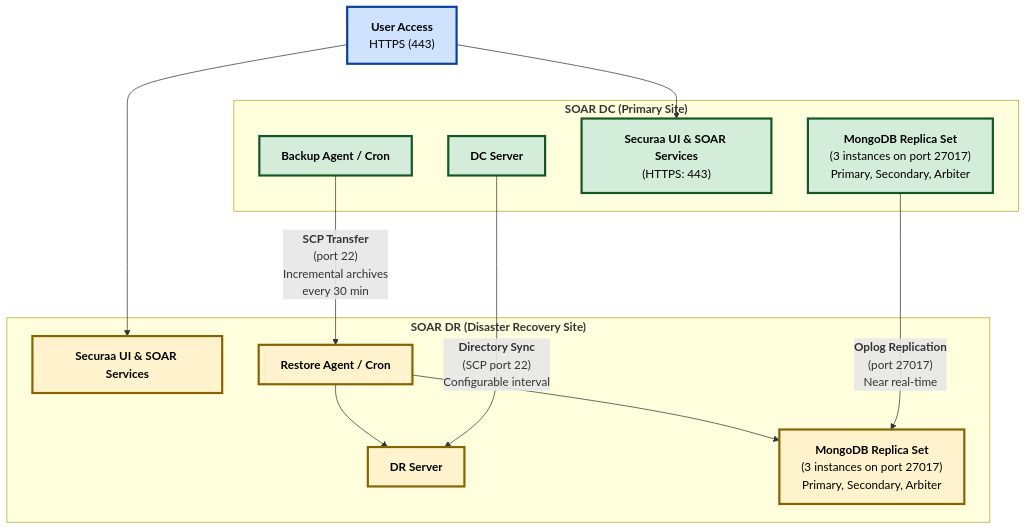
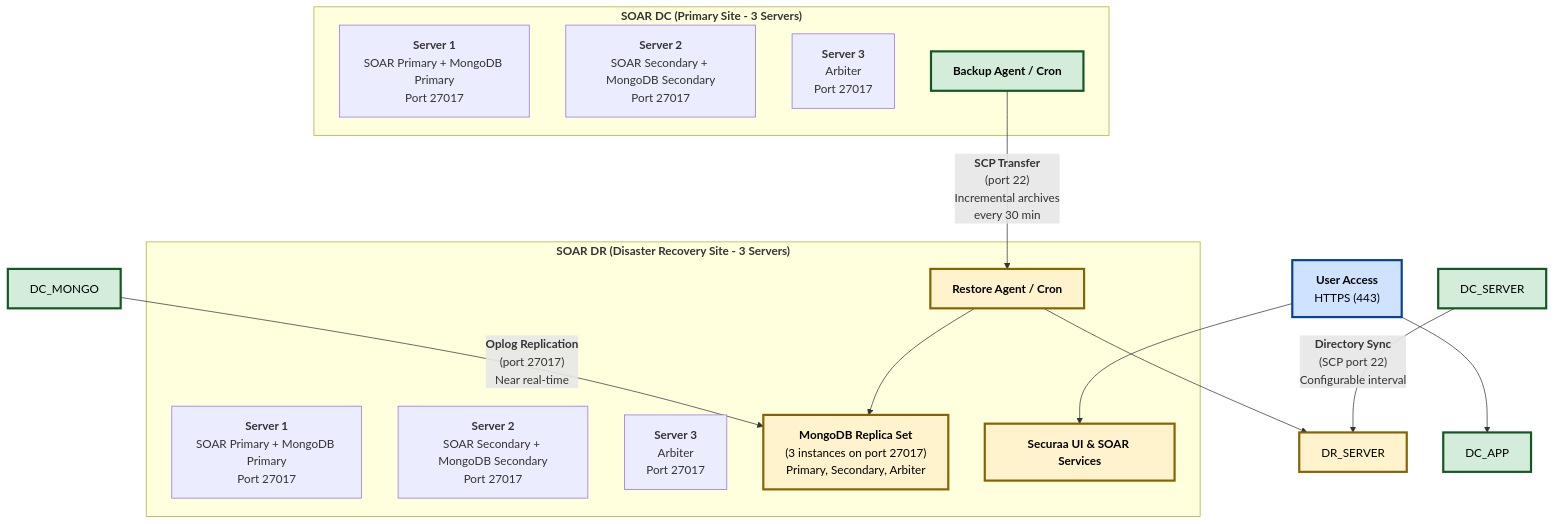
Before and after one commit to Vishwa0220/customers-docs: the first of 11 diagrams in HA_DR_Architecture_Documentation_dt.md, drawn with Mermaid. The commit also changed other lines of this file, not shown here.

````diff
--- a/HA_DR_Architecture_Documentation_dt.md
+++ b/HA_DR_Architecture_Documentation_dt.md
@@ -30,39 +30,41 @@
 ```mermaid
 graph TB
-    subgraph DC["<b>SOAR DC (Primary Site)</b>"]
-        DC_SERVER["<b>DC Server</b>"]
-        DC_MONGO["<b>MongoDB Replica Set</b><br/>(3 instances on port 27017)<br/>Primary, Secondary, Arbiter"]
-        DC_APP["<b>Securaa UI & SOAR Services</b><br/>(HTTPS: 443)"]
+    subgraph DC["<b>SOAR DC (Primary Site - 3 Servers)</b>"]
+        DC_SRV1["<b>Server 1</b><br/>SOAR Primary + MongoDB Primary<br/>Port 27017"]
+        DC_SRV2["<b>Server 2</b><br/>SOAR Secondary + MongoDB Secondary<br/>Port 27017"]
+        DC_SRV3["<b>Server 3</b><br/>Arbiter<br/>Port 27017"]
         DC_BACKUP["<b>Backup Agent / Cron</b>"]
     end
 
-    subgraph DR["<b>SOAR DR (Disaster Recovery Site)</b>"]
-        DR_SERVER["<b>DR Server</b>"]
+    subgraph DR["<b>SOAR DR (Disaster Recovery Site - 3 Servers)</b>"]
+        DR_SRV1["<b>Server 1</b><br/>SOAR Primary + MongoDB Primary<br/>Port 27017"]
+        DR_SRV2["<b>Server 2</b><br/>SOAR Secondary + MongoDB Secondary<br/>Port 27017"]
+        DR_SRV3["<b>Server 3</b><br/>Arbiter<br/>Port 27017"]
         DR_MONGO["<b>MongoDB Replica Set</b><br/>(3 instances on port 27017)<br/>Primary, Secondary, Arbiter"]
         DR_APP["<b>Securaa UI & SOAR Services</b>"]
         DR_RESTORE["<b>Restore Agent / Cron</b>"]
     end
 
     UserAccess["<b>User Access</b><br/>HTTPS (443)"]
 
     %% Backup & Restore path
     DC_BACKUP -->|"<b>SCP Transfer</b><br/>(port 22)<br/>Incremental archives<br/>every 30 min"| DR_RESTORE
     DR_RESTORE --> DR_MONGO
     DR_RESTORE --> DR_SERVER
 
     %% Hot Sync path
     DC_MONGO -->|"<b>Oplog Replication</b><br/>(port 27017)<br/>Near real-time"| DR_MONGO
     DC_SERVER -->|"<b>Directory Sync</b><br/>(SCP port 22)<br/>Configurable interval"| DR_SERVER
 
     %% Access
     UserAccess --> DC_APP
     UserAccess --> DR_APP
 
     classDef dcStyle fill:#d4edda,stroke:#155724,stroke-width:3px,color:#000
     classDef drStyle fill:#fff3cd,stroke:#856404,stroke-width:3px,color:#000
     classDef userStyle fill:#cfe2ff,stroke:#084298,stroke-width:3px,color:#000
     
     class DC_SERVER,DC_MONGO,DC_APP,DC_BACKUP dcStyle
     class DR_SERVER,DR_MONGO,DR_APP,DR_RESTORE drStyle
     class UserAccess userStyle
 ```
````
